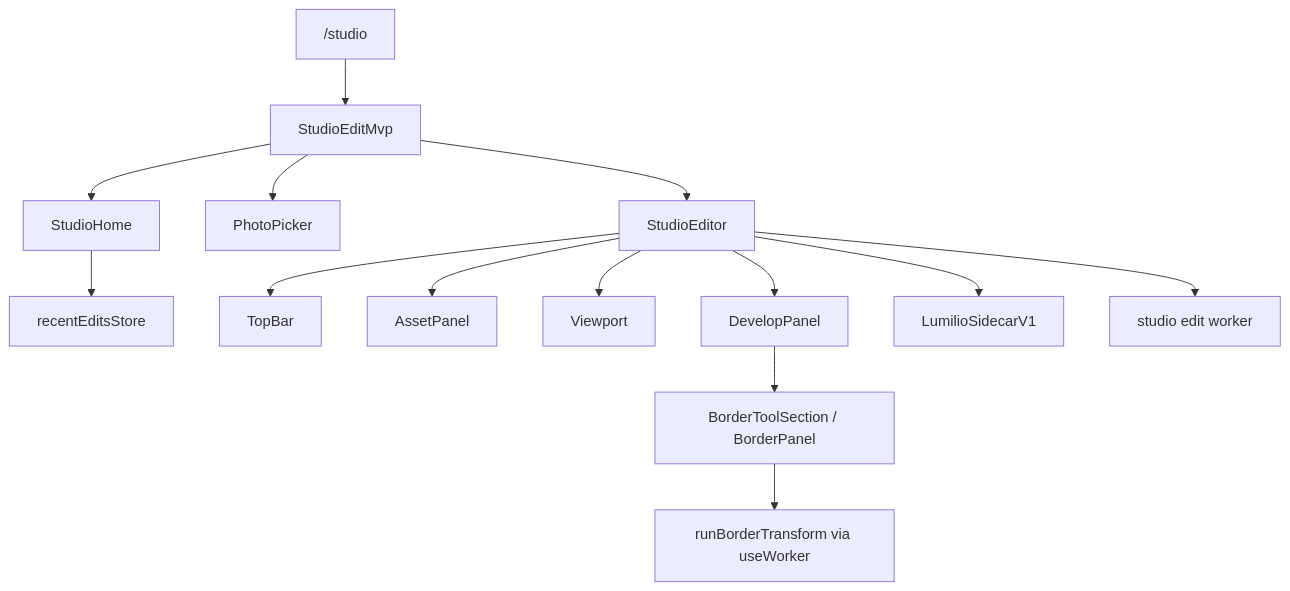
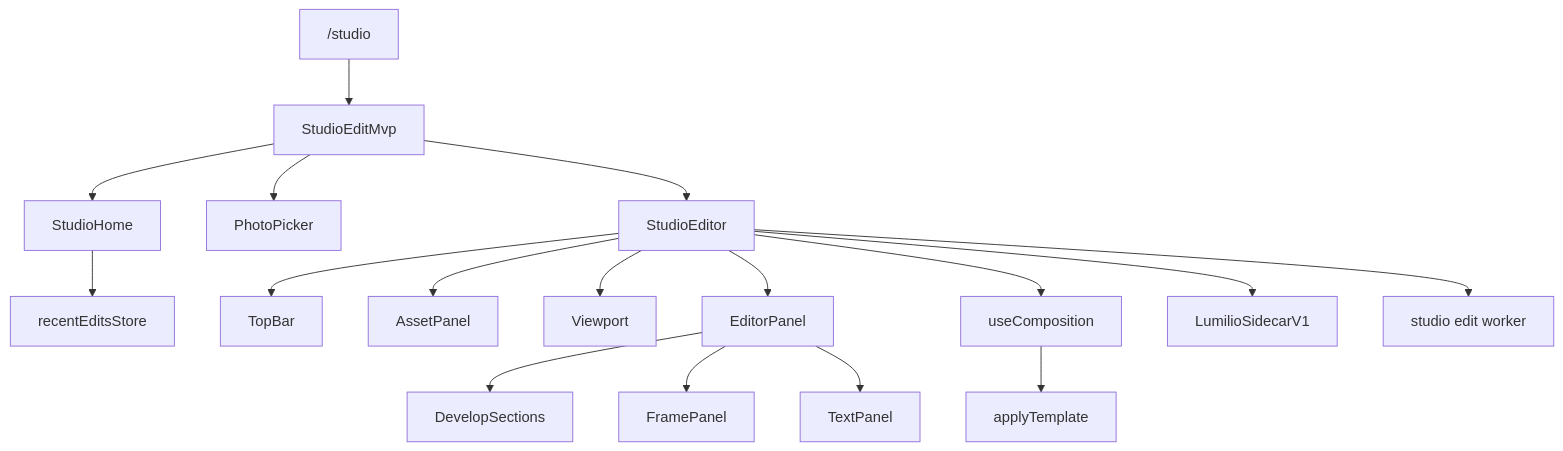
The diagram in web/src/features/studio/doc.md (EdwinZhanCN/Lumilio-Photos), drawn with Mermaid before and after one commit. The commit also changed other lines of this file and 86 other files, not shown here.

First line of the commit message:
feat(studio): replace border tool with sidecar-persisted frames and text (#160)

````diff
--- a/web/src/features/studio/doc.md
+++ b/web/src/features/studio/doc.md
@@ -62,16 +79,19 @@
 ```mermaid
 flowchart TD
     ROUTE["/studio"] --> SHELL["StudioEditMvp"]
     SHELL --> HOME["StudioHome"]
     SHELL --> PICKER["PhotoPicker"]
     SHELL --> EDITOR["StudioEditor"]
     HOME --> RECENT["recentEditsStore"]
     EDITOR --> TOP["TopBar"]
     EDITOR --> ASSET["AssetPanel"]
     EDITOR --> VIEW["Viewport"]
-    EDITOR --> DEVELOP["DevelopPanel"]
-    DEVELOP --> BORDER["BorderToolSection / BorderPanel"]
+    EDITOR --> PANEL["EditorPanel"]
+    PANEL --> DEV["DevelopSections"]
+    PANEL --> FRAME["FramePanel"]
+    PANEL --> TEXT["TextPanel"]
+    EDITOR --> COMP["useComposition"]
+    COMP --> TPL["applyTemplate"]
     EDITOR --> SIDE["LumilioSidecarV1"]
     EDITOR --> WORKER["studio edit worker"]
-    BORDER --> TOOL["runBorderTransform via useWorker"]
 ```
````
